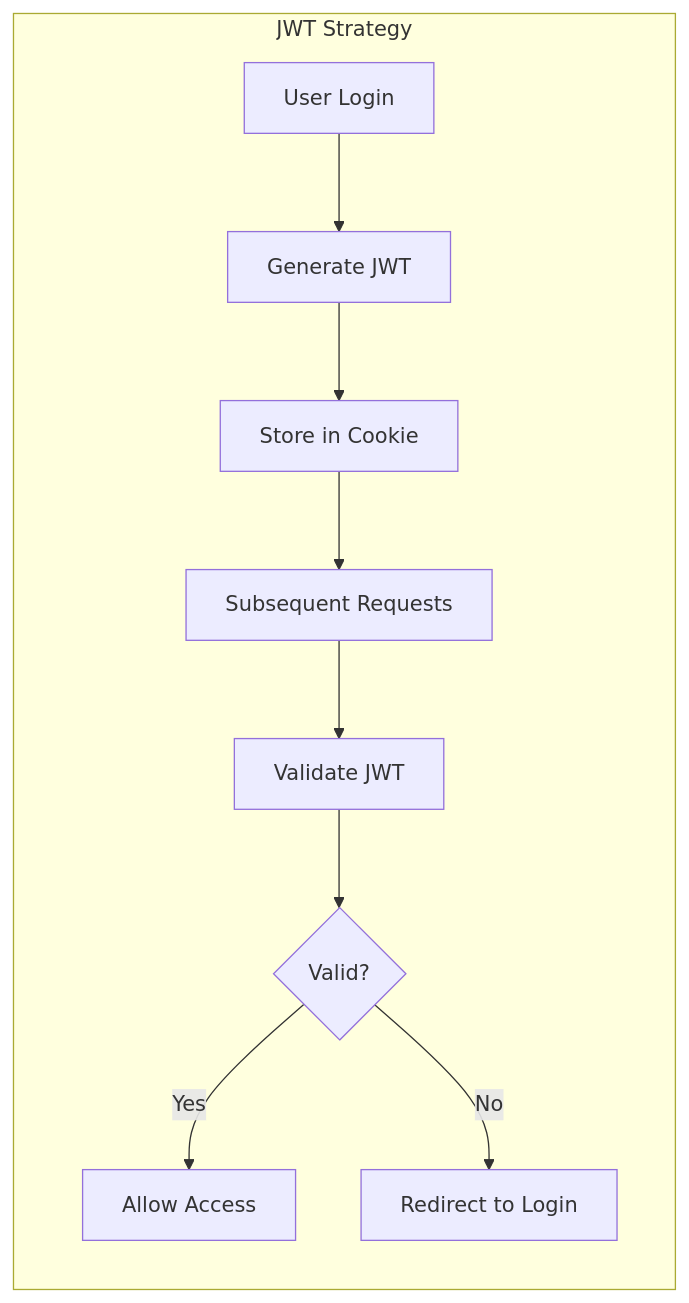
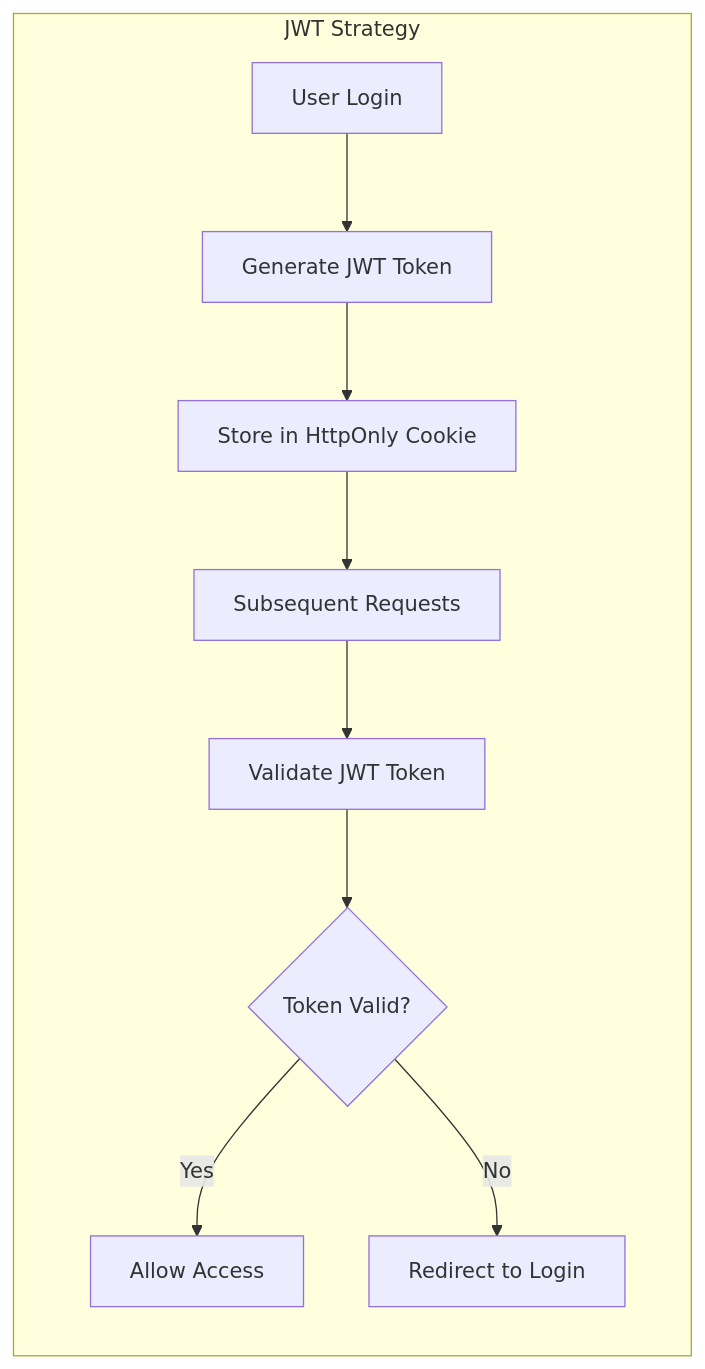
One commit to anshsharmacse/Real-time-Collaborative-Task-Manager changed the eighth of 24 diagrams in README.md. Above: the diagram before and after it, drawn with Mermaid. The commit also changed other lines of this file, not shown here.

````diff
--- a/README.md
+++ b/README.md
@@ -437,12 +368,12 @@
 ```mermaid
 flowchart LR
-    subgraph "JWT Strategy"
-        A[User Login] --> B[Generate JWT]
-        B --> C[Store in Cookie]
+    subgraph JWT Strategy
+        A[User Login] --> B[Generate JWT Token]
+        B --> C[Store in HttpOnly Cookie]
         C --> D[Subsequent Requests]
-        D --> E[Validate JWT]
-        E --> F{Valid?}
+        D --> E[Validate JWT Token]
+        E --> F{Token Valid?}
         F -->|Yes| G[Allow Access]
         F -->|No| H[Redirect to Login]
     end
 ```
````
